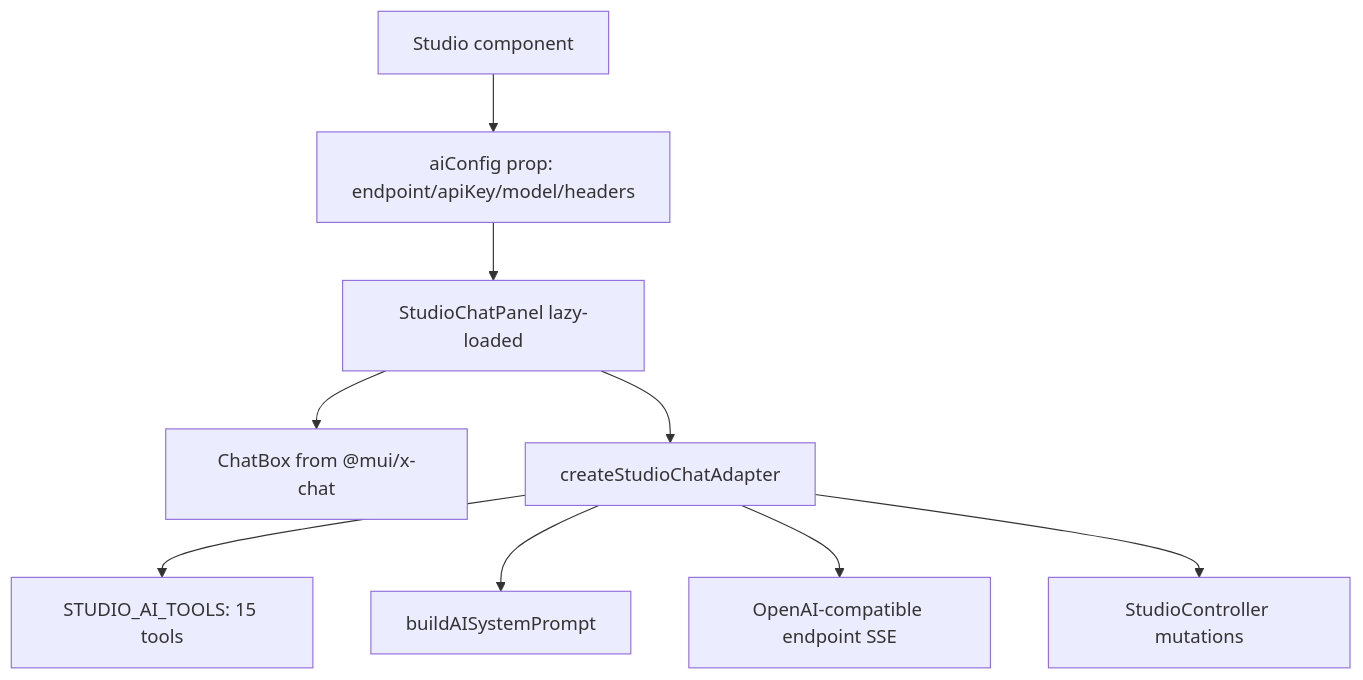
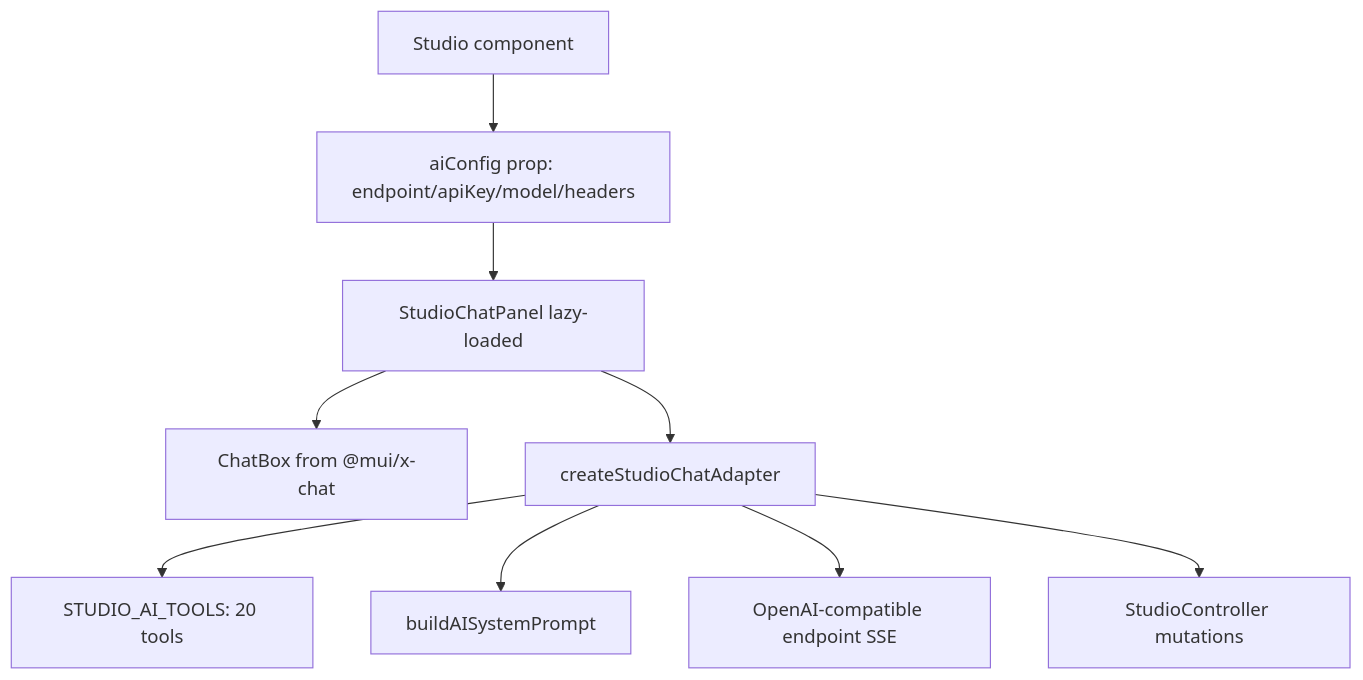
The third of 5 diagrams in packages/x-studio/docs/AI_ASSISTANT_RESEARCH.md (mbrookes/mui-x), drawn with Mermaid before and after one commit. The commit also changed other lines of this file and 4 other files, not shown here.

````diff
--- a/packages/x-studio/docs/AI_ASSISTANT_RESEARCH.md
+++ b/packages/x-studio/docs/AI_ASSISTANT_RESEARCH.md
@@ -635,21 +635,21 @@
 ```mermaid
 graph TD
     Studio[Studio component]
     AIConfig[aiConfig prop: endpoint/apiKey/model/headers]
     ChatPanel[StudioChatPanel lazy-loaded]
     ChatBox[ChatBox from @mui/x-chat]
     Adapter[createStudioChatAdapter]
-    Tools[STUDIO_AI_TOOLS: 15 tools]
+    Tools[STUDIO_AI_TOOLS: 20 tools]
     SystemPrompt[buildAISystemPrompt]
     Controller[StudioController mutations]
     LLM[OpenAI-compatible endpoint SSE]
 
     Studio --> AIConfig
     AIConfig --> ChatPanel
     ChatPanel --> ChatBox
     ChatPanel --> Adapter
     Adapter --> Tools
     Adapter --> SystemPrompt
     Adapter --> LLM
     Adapter --> Controller
 ```
````
